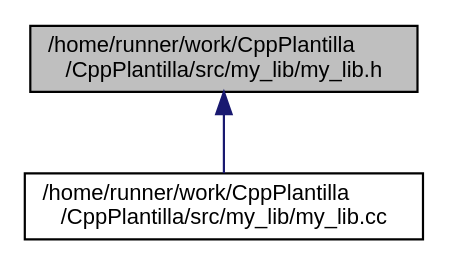
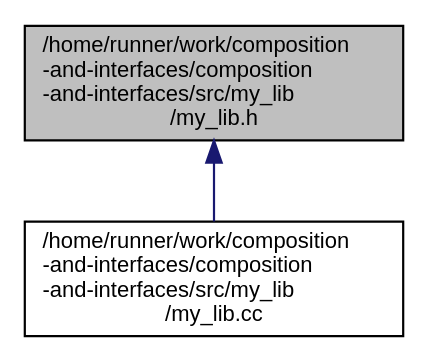
The diagram in my__lib_8h__dep__incl.dot (LuisPalacios/composition-and-interfaces), drawn with Graphviz before and after one commit. The commit also changed 8 other files, not shown here.

```diff
--- a/my__lib_8h__dep__incl.dot
+++ b/my__lib_8h__dep__incl.dot
@@ -1,9 +1,9 @@
-digraph "/home/runner/work/CppPlantilla/CppPlantilla/src/my_lib/my_lib.h"
+digraph "/home/runner/work/composition-and-interfaces/composition-and-interfaces/src/my_lib/my_lib.h"
 {
  // LATEX_PDF_SIZE
   edge [fontname="Helvetica",fontsize="10",labelfontname="Helvetica",labelfontsize="10"];
   node [fontname="Helvetica",fontsize="10",shape=record];
-  Node1 [label="/home/runner/work/CppPlantilla\l/CppPlantilla/src/my_lib/my_lib.h",height=0.2,width=0.4,color="black", fillcolor="grey75", style="filled", fontcolor="black",tooltip=" "];
+  Node1 [label="/home/runner/work/composition\l-and-interfaces/composition\l-and-interfaces/src/my_lib\l/my_lib.h",height=0.2,width=0.4,color="black", fillcolor="grey75", style="filled", fontcolor="black",tooltip=" "];
   Node1 -> Node2 [dir="back",color="midnightblue",fontsize="10",style="solid",fontname="Helvetica"];
-  Node2 [label="/home/runner/work/CppPlantilla\l/CppPlantilla/src/my_lib/my_lib.cc",height=0.2,width=0.4,color="black", fillcolor="white", style="filled",URL="$my__lib_8cc.html",tooltip=" "];
+  Node2 [label="/home/runner/work/composition\l-and-interfaces/composition\l-and-interfaces/src/my_lib\l/my_lib.cc",height=0.2,width=0.4,color="black", fillcolor="white", style="filled",URL="$my__lib_8cc.html",tooltip=" "];
 }
```
